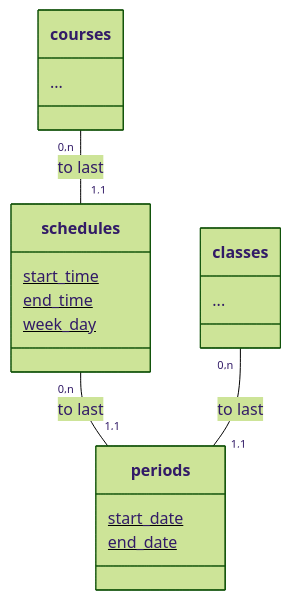
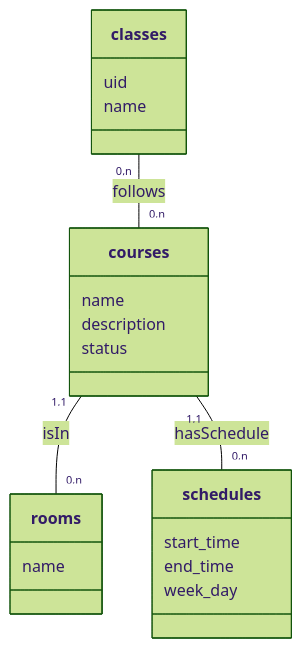
The sixth of 8 diagrams in doc/report.md (R0kkxSynetique/ROR-School-management), drawn with Mermaid (forest theme) before and after one commit. The commit also changed other lines of this file and 1 other file, not shown here.

````diff
--- a/doc/report.md
+++ b/doc/report.md
@@ -330,19 +166,24 @@
 ```mermaid
 classDiagram
-    class classes{...}
-    class courses{...}
-    
-    class periods {
-        start_date$
-        end_date$
+    class courses {
+        name
+        description
+        status
+    }
+    class classes {
+        uid
+        name
+    }
+    class rooms {
+        name
     }
     class schedules {
-        start_time$
-        end_time$
-        week_day$
+        start_time
+        end_time
+        week_day
     }
-
-    courses "0,n" -- "1,1" schedules: to last
-    schedules "0,n" -- "1,1" periods: to last
-    classes "0,n" -- "1,1" periods: to last
+    
+    courses "1,1" -- "0,n" rooms: isIn
+    classes "0,n" -- "0,n" courses: follows
+    courses "1,1" -- "0,n" schedules: hasSchedule
 ```
````
